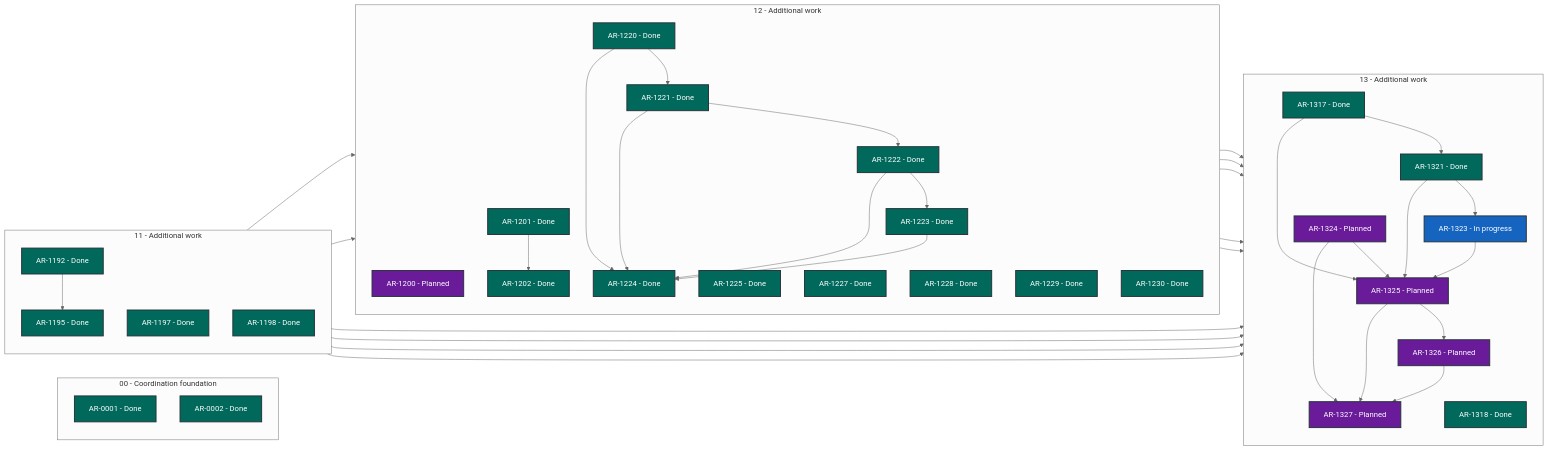
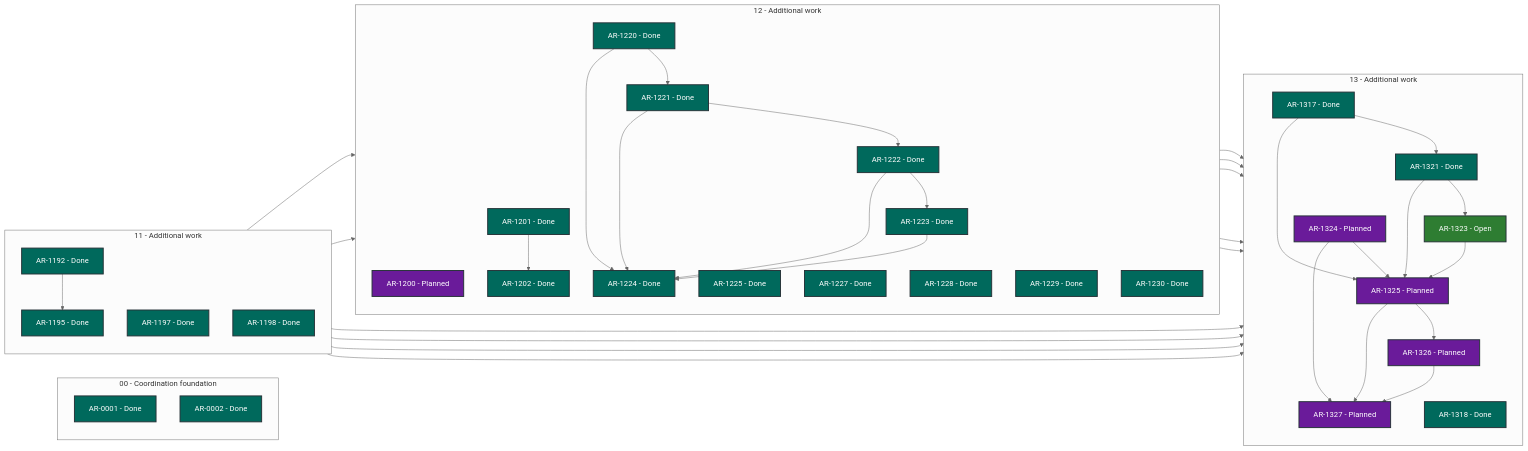
Before and after one commit to martin-beck/asb-tui-state: the diagram in STATUS.md, drawn with Mermaid (neutral theme). The commit also changed other lines of this file and 2 other files, not shown here.

````diff
--- a/STATUS.md
+++ b/STATUS.md
@@ -27,80 +27,80 @@
 ```mermaid
 flowchart LR
     subgraph series_00["00 - Coordination foundation"]
         direction TB
         AR_0001["AR-0001 - Done"]:::status_done
         AR_0002["AR-0002 - Done"]:::status_done
     end
     subgraph series_11["11 - Additional work"]
         direction TB
         AR_1192["AR-1192 - Done"]:::status_done
         AR_1195["AR-1195 - Done"]:::status_done
         AR_1197["AR-1197 - Done"]:::status_done
         AR_1198["AR-1198 - Done"]:::status_done
     end
     subgraph series_12["12 - Additional work"]
         direction TB
         AR_1200["AR-1200 - Planned"]:::status_planned
         AR_1201["AR-1201 - Done"]:::status_done
         AR_1202["AR-1202 - Done"]:::status_done
         AR_1220["AR-1220 - Done"]:::status_done
         AR_1221["AR-1221 - Done"]:::status_done
         AR_1222["AR-1222 - Done"]:::status_done
         AR_1223["AR-1223 - Done"]:::status_done
         AR_1224["AR-1224 - Done"]:::status_done
         AR_1225["AR-1225 - Done"]:::status_done
         AR_1227["AR-1227 - Done"]:::status_done
         AR_1228["AR-1228 - Done"]:::status_done
         AR_1229["AR-1229 - Done"]:::status_done
         AR_1230["AR-1230 - Done"]:::status_done
     end
     subgraph series_13["13 - Additional work"]
         direction TB
         AR_1317["AR-1317 - Done"]:::status_done
         AR_1318["AR-1318 - Done"]:::status_done
         AR_1321["AR-1321 - Done"]:::status_done
-        AR_1323["AR-1323 - In progress"]:::status_in_progress
+        AR_1323["AR-1323 - Open"]:::status_open
         AR_1324["AR-1324 - Planned"]:::status_planned
         AR_1325["AR-1325 - Planned"]:::status_planned
         AR_1326["AR-1326 - Planned"]:::status_planned
         AR_1327["AR-1327 - Planned"]:::status_planned
     end
     AR_1192 --> AR_1195
     AR_1192 --> AR_1317
     AR_1192 --> AR_1325
     AR_1195 --> AR_1200
     AR_1197 --> AR_1201
     AR_1197 --> AR_1317
     AR_1197 --> AR_1325
     AR_1200 --> AR_1324
     AR_1201 --> AR_1202
     AR_1220 --> AR_1221
     AR_1220 --> AR_1224
     AR_1221 --> AR_1222
     AR_1221 --> AR_1224
     AR_1222 --> AR_1223
     AR_1222 --> AR_1224
     AR_1222 --> AR_1326
     AR_1223 --> AR_1224
     AR_1223 --> AR_1326
     AR_1228 --> AR_1317
     AR_1229 --> AR_1317
     AR_1317 --> AR_1321
     AR_1317 --> AR_1325
     AR_1321 --> AR_1323
     AR_1321 --> AR_1325
     AR_1323 --> AR_1325
     AR_1324 --> AR_1325
     AR_1324 --> AR_1327
     AR_1325 --> AR_1326
     AR_1325 --> AR_1327
     AR_1326 --> AR_1327
     classDef status_in_progress fill:#1565c0,color:#ffffff,stroke:#263238,stroke-width:2px
     classDef status_open fill:#2e7d32,color:#ffffff,stroke:#263238,stroke-width:2px
     classDef status_blocked fill:#c62828,color:#ffffff,stroke:#263238,stroke-width:2px
     classDef status_planned fill:#6a1b9a,color:#ffffff,stroke:#263238,stroke-width:2px
     classDef status_future fill:#455a64,color:#ffffff,stroke:#263238,stroke-width:2px
     classDef status_done fill:#00695c,color:#ffffff,stroke:#263238,stroke-width:2px
     classDef status_cancelled fill:#616161,color:#ffffff,stroke:#263238,stroke-width:2px
     classDef status_superseded fill:#5d4037,color:#ffffff,stroke:#263238,stroke-width:2px
 ```
````
